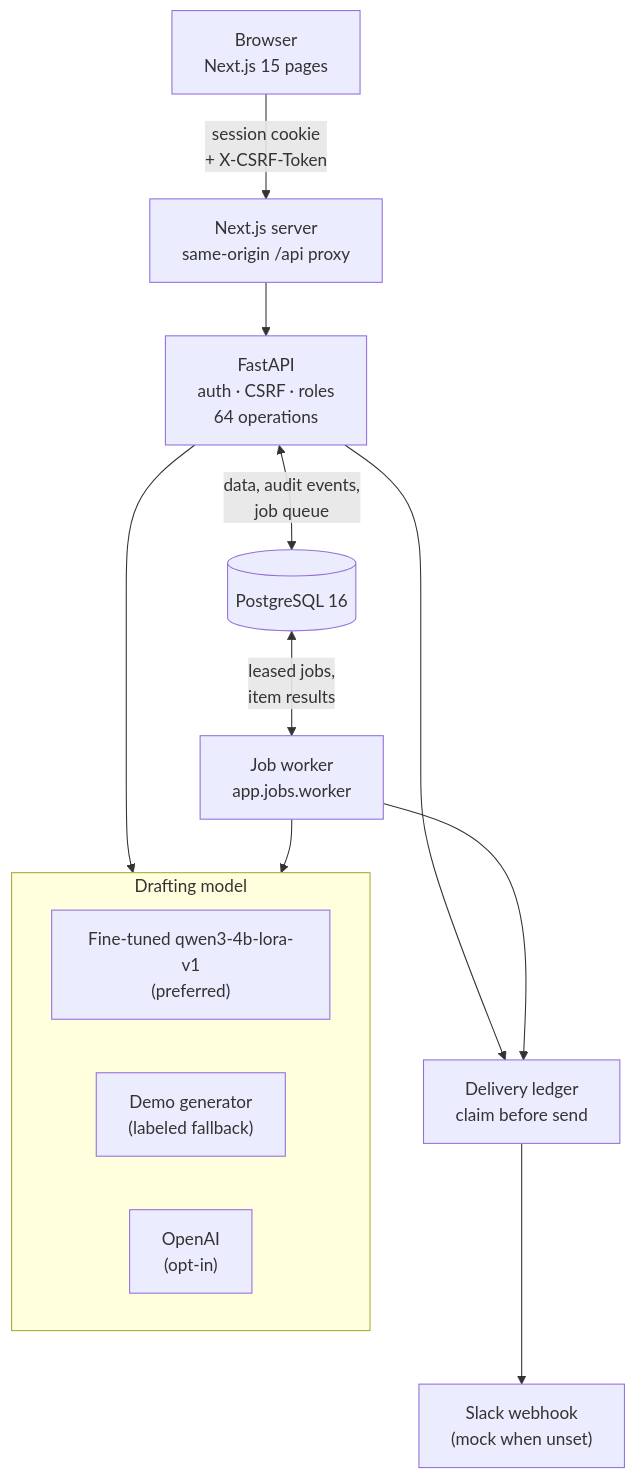
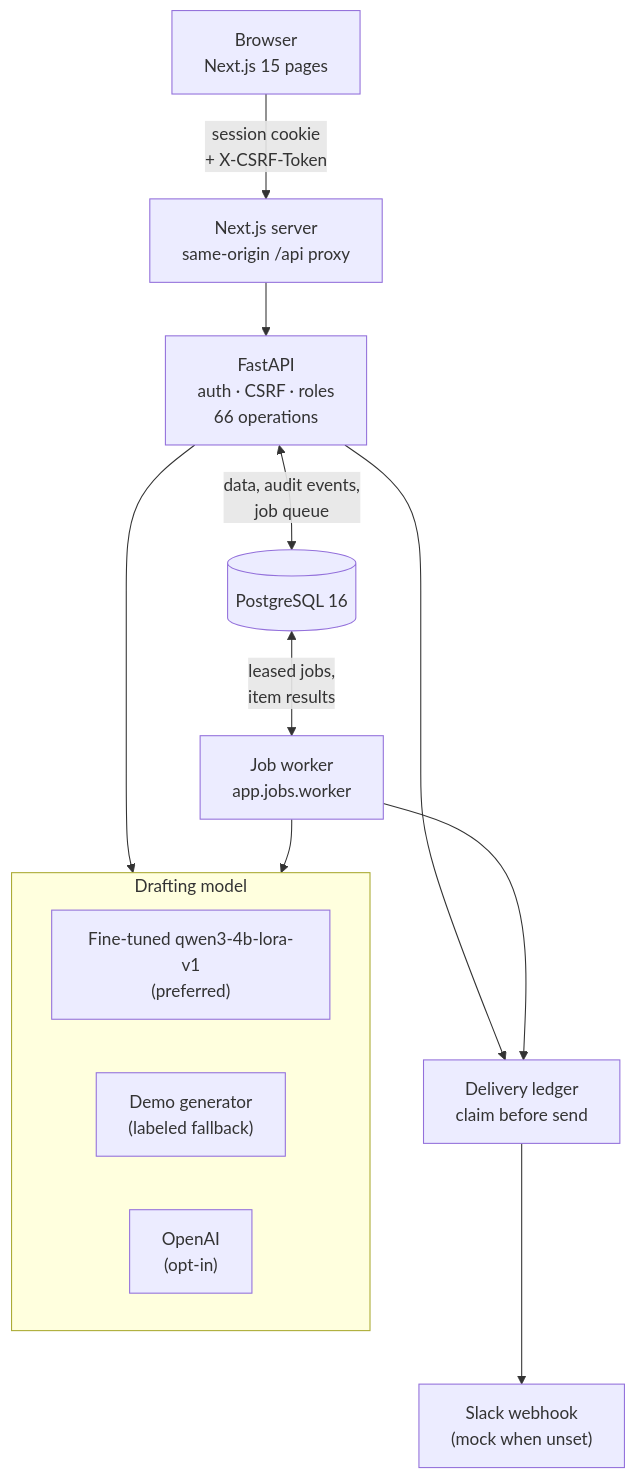
One commit to AhmedKamal-41/gtmflow-ai changed the first of 6 diagrams in README.md. Above: the diagram before and after it, drawn with Mermaid. The commit also changed other lines of this file and 28 other files, not shown here.

````diff
--- a/README.md
+++ b/README.md
@@ -180,22 +185,22 @@
 ```mermaid
 flowchart TB
     UI["Browser<br/>Next.js 15 pages"] -->|"session cookie<br/>+ X-CSRF-Token"| Proxy["Next.js server<br/>same-origin /api proxy"]
-    Proxy --> API["FastAPI<br/>auth · CSRF · roles<br/>64 operations"]
+    Proxy --> API["FastAPI<br/>auth · CSRF · roles<br/>66 operations"]
 
     API <-->|"data, audit events,<br/>job queue"| PG[("PostgreSQL 16")]
     PG <-->|"leased jobs,<br/>item results"| Worker["Job worker<br/>app.jobs.worker"]
 
     API --> Gen
     Worker --> Gen
     API --> Ledger
     Worker --> Ledger
 
     subgraph Gen["Drafting model"]
         direction LR
         LoRA["Fine-tuned qwen3-4b-lora-v1<br/>(preferred)"]
         Mock["Demo generator<br/>(labeled fallback)"]
         OpenAI["OpenAI<br/>(opt-in)"]
     end
 
     Ledger["Delivery ledger<br/>claim before send"] --> Slack["Slack webhook<br/>(mock when unset)"]
 ```
````
